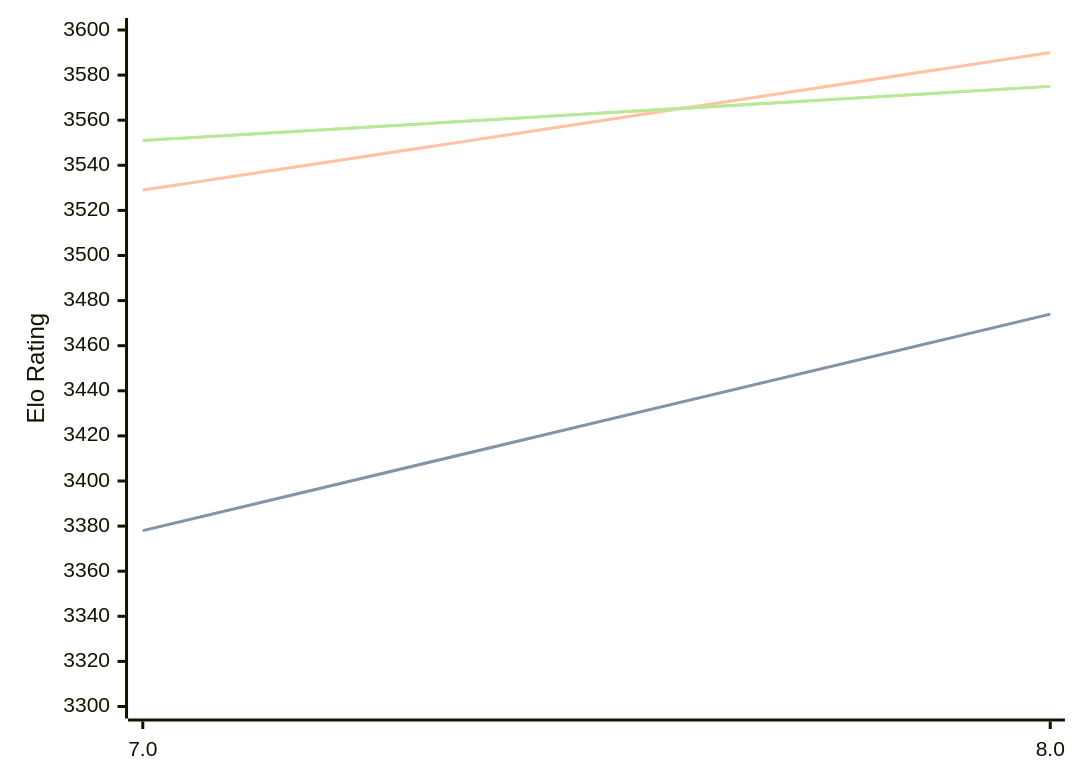
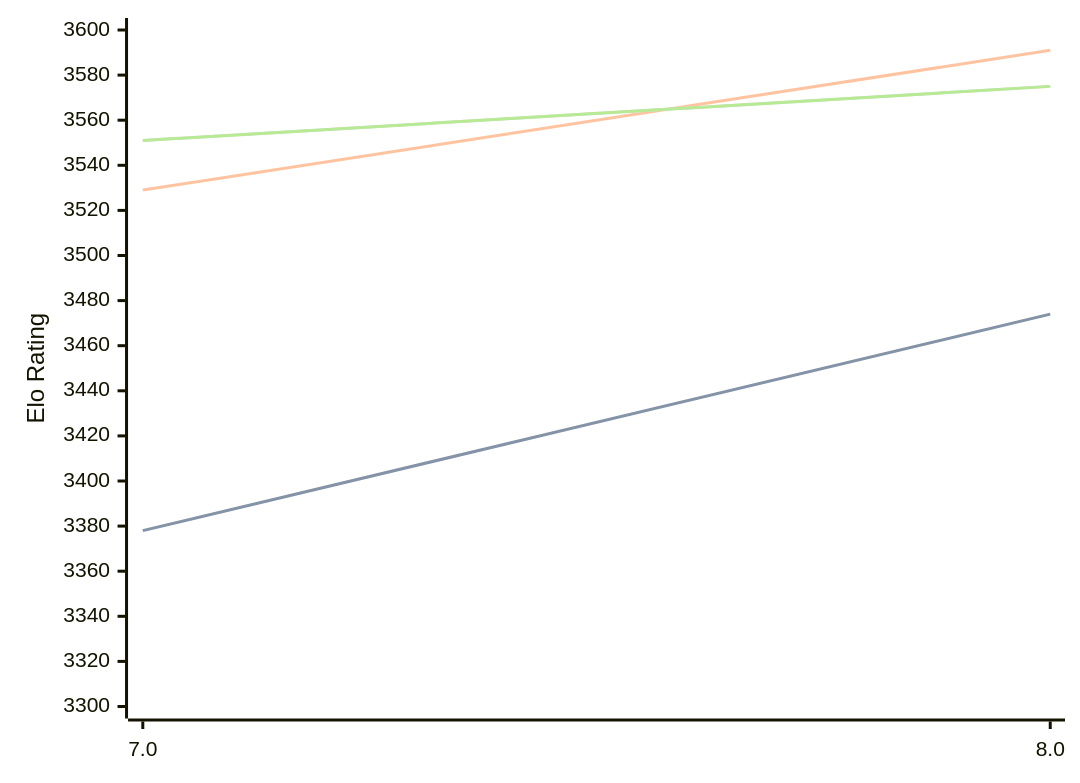
Before and after one commit to computer-chess-index/cci: the diagram in engines/Integral.md, drawn with Mermaid. The commit also changed other lines of this file, not shown here.

````diff
--- a/engines/Integral.md
+++ b/engines/Integral.md
@@ -32,11 +32,11 @@
 ```mermaid
 %%{init: {"theme":"base","themeVariables":{"seriesColors:['#a3a3a3','#222221','#faa371']}}}%%
 xychart-beta
   x-axis ["7.0", "8.0"]
   y-axis "Elo Rating" 3300 --> 3600
   line "" [3378, 3474]
   line "STC (8.0+0.08s)" [3378, 3474]
-  line "LTC (60.0+0.60s)" [3529, 3590]
+  line "LTC (60.0+0.60s)" [3529, 3591]
   line "" [3551, 3575]
   line "VLTC (2m24s+1.12s)" [3551, 3575]
 ```
````
